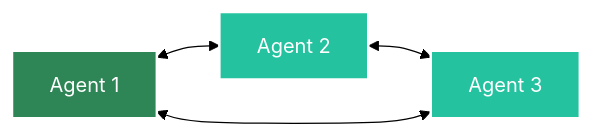
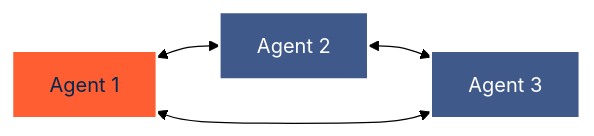
One commit to yaalalabs/agent-kernel changed the second of 3 diagrams in docs/docs/advanced/multi-agent.md. Above: the diagram before and after it, drawn with Mermaid (forest theme). The commit also changed other lines of this file and 444 other files, not shown here.

````diff
--- a/docs/docs/advanced/multi-agent.md
+++ b/docs/docs/advanced/multi-agent.md
@@ -24,10 +24,10 @@
 ```mermaid
 graph LR
     A[Agent 1] <--> B[Agent 2]
     B <--> C[Agent 3]
     C <--> A
     
-    style A fill:#2e8555,stroke:#fff,stroke-width:2px,color:#fff
-    style B fill:#25c2a0,stroke:#fff,stroke-width:2px,color:#fff
-    style C fill:#25c2a0,stroke:#fff,stroke-width:2px,color:#fff
+    style A fill:#FF5E32,stroke:#fff,stroke-width:2px,color:#02284F
+    style B fill:#3F598A,stroke:#fff,stroke-width:2px,color:#fff
+    style C fill:#3F598A,stroke:#fff,stroke-width:2px,color:#fff
 ```
````
